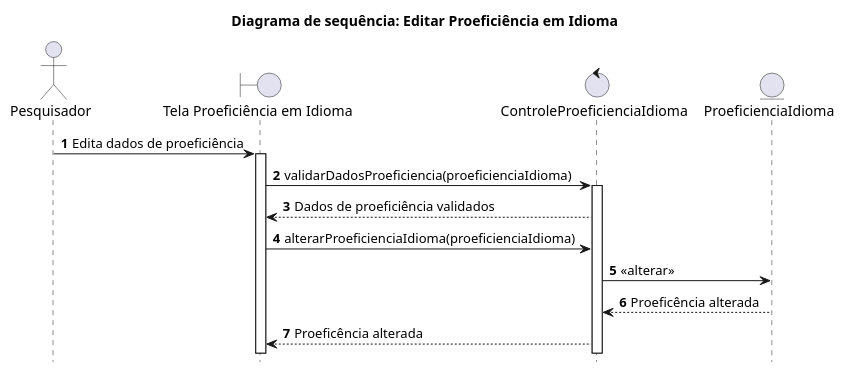
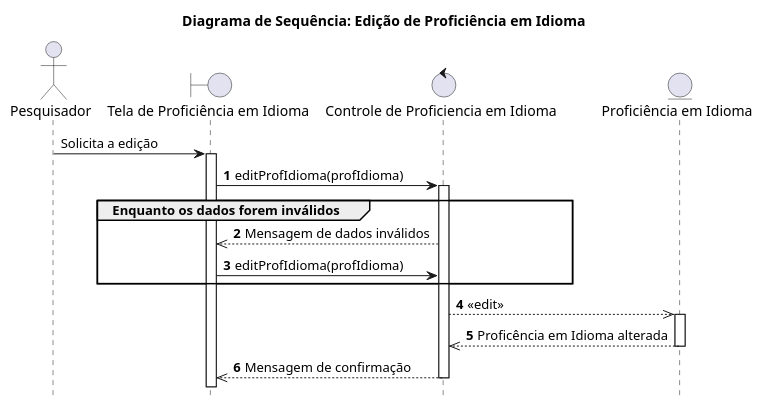
One commit to WellingtonFelipeLS/Lattes-Simplificado changed the diagram in Diagramas/Idioma/editarIdioma.wsd. Above: the diagram before and after it, drawn with PlantUML. The commit also changed 19 other files, not shown here.

Commit message:
Patronização dos diagramas.

```diff
--- a/Diagramas/Idioma/editarIdioma.wsd
+++ b/Diagramas/Idioma/editarIdioma.wsd
@@ -1,19 +1,25 @@
 @startuml DiagramaEditarIdioma
-title "Diagrama de sequência: Editar Proeficiência em Idioma"
+title "Diagrama de Sequência: Edição de Proficiência em Idioma"
 hide footbox
 
 actor "Pesquisador" as Pesquisador
-boundary "Tela Proeficiência em Idioma" as UIProeficienciaIdioma
-control "ControleProeficienciaIdioma" as ControleProeficienciaIdioma
-entity "ProeficienciaIdioma" as ProeficienciaIdioma
+boundary "Tela de Proficiência em Idioma" as UIProeficienciaIdioma
+control "Controle de Proficiencia em Idioma" as ControleProeficienciaIdioma
+entity "Proficiência em Idioma" as ProeficienciaIdioma
 
+
+Pesquisador -> UIProeficienciaIdioma ++: Solicita a edição
 autonumber
-Pesquisador -> UIProeficienciaIdioma++: Edita dados de proeficiência
-UIProeficienciaIdioma -> ControleProeficienciaIdioma++: validarDadosProeficiencia(proeficienciaIdioma)
-ControleProeficienciaIdioma --> UIProeficienciaIdioma: Dados de proeficiência validados
-UIProeficienciaIdioma -> ControleProeficienciaIdioma: alterarProeficienciaIdioma(proeficienciaIdioma)
-ControleProeficienciaIdioma -> ProeficienciaIdioma: <<alterar>>
-ProeficienciaIdioma --> ControleProeficienciaIdioma: Proeficência alterada
-ControleProeficienciaIdioma --> UIProeficienciaIdioma: Proeficência alterada
-autonumber stop
+
+UIProeficienciaIdioma -> ControleProeficienciaIdioma ++: editProfIdioma(profIdioma)
+
+group Enquanto os dados forem inválidos
+ControleProeficienciaIdioma -->> UIProeficienciaIdioma: Mensagem de dados inválidos
+UIProeficienciaIdioma -> ControleProeficienciaIdioma: editProfIdioma(profIdioma)
+end
+
+ControleProeficienciaIdioma -->> ProeficienciaIdioma ++: <<edit>>
+ProeficienciaIdioma -->> ControleProeficienciaIdioma --: Proficência em Idioma alterada
+ControleProeficienciaIdioma -->> UIProeficienciaIdioma --: Mensagem de confirmação
+
 @enduml
```
